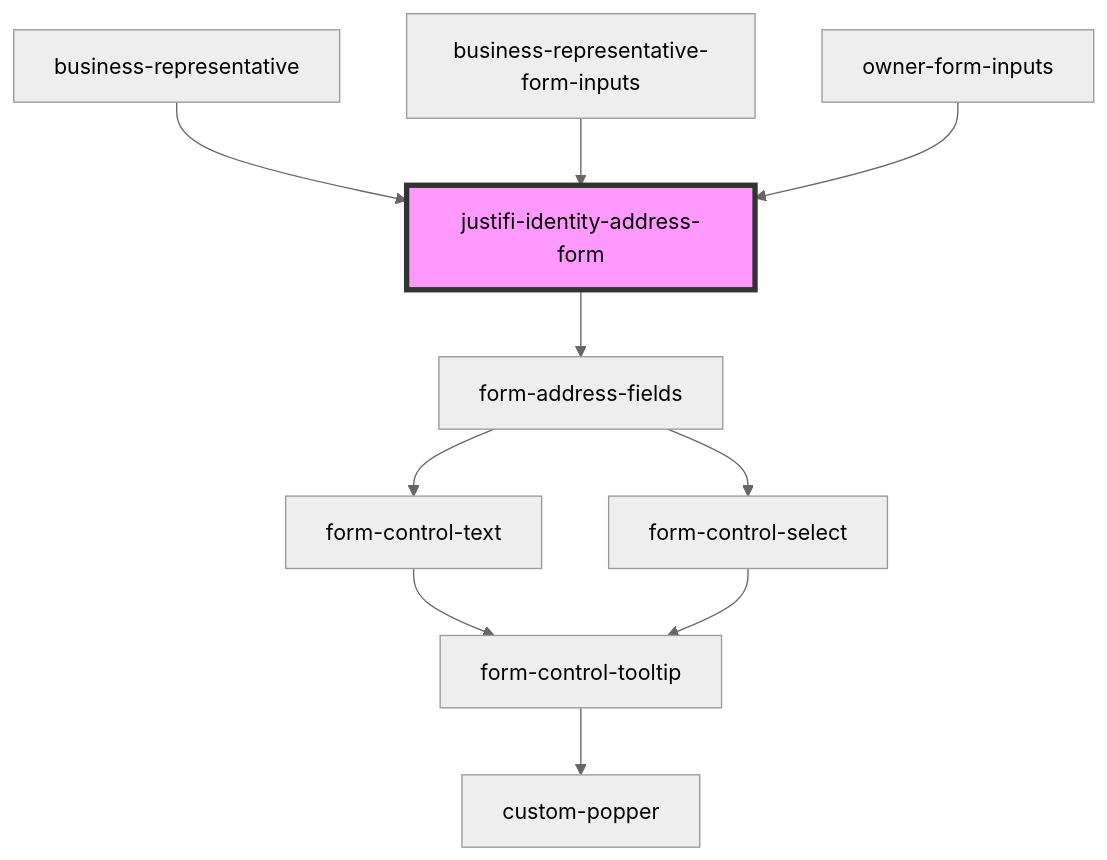
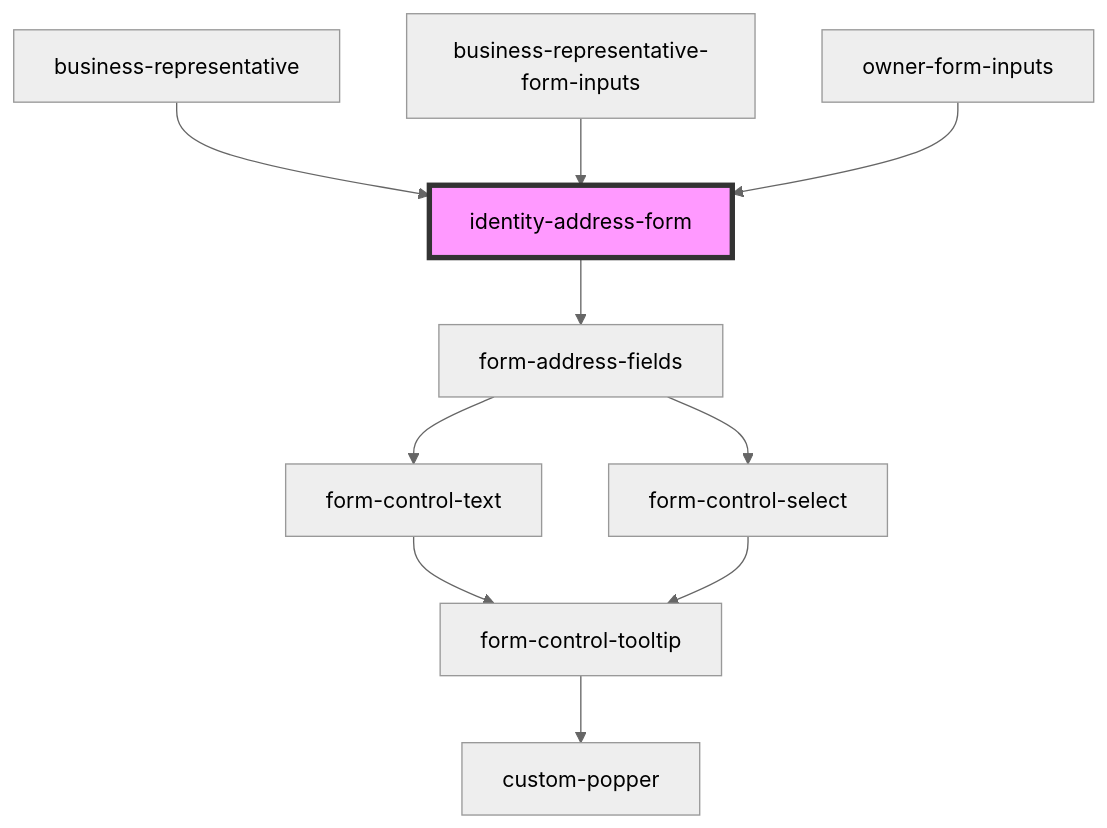
The diagram in packages/webcomponents/src/components/business-forms/owner-form/identity-address/readme.md (justifi-tech/web-component-library), drawn with Mermaid (neutral theme) before and after one commit. The commit also changed 15 other files, not shown here.

````diff
--- a/packages/webcomponents/src/components/business-forms/owner-form/identity-address/readme.md
+++ b/packages/webcomponents/src/components/business-forms/owner-form/identity-address/readme.md
@@ -31,13 +31,13 @@
 ```mermaid
 graph TD;
-  justifi-identity-address-form --> form-address-fields
+  identity-address-form --> form-address-fields
   form-address-fields --> form-control-text
   form-address-fields --> form-control-select
   form-control-text --> form-control-tooltip
   form-control-tooltip --> custom-popper
   form-control-select --> form-control-tooltip
-  business-representative --> justifi-identity-address-form
-  business-representative-form-inputs --> justifi-identity-address-form
-  owner-form-inputs --> justifi-identity-address-form
-  style justifi-identity-address-form fill:#f9f,stroke:#333,stroke-width:4px
+  business-representative --> identity-address-form
+  business-representative-form-inputs --> identity-address-form
+  owner-form-inputs --> identity-address-form
+  style identity-address-form fill:#f9f,stroke:#333,stroke-width:4px
 ```
````
